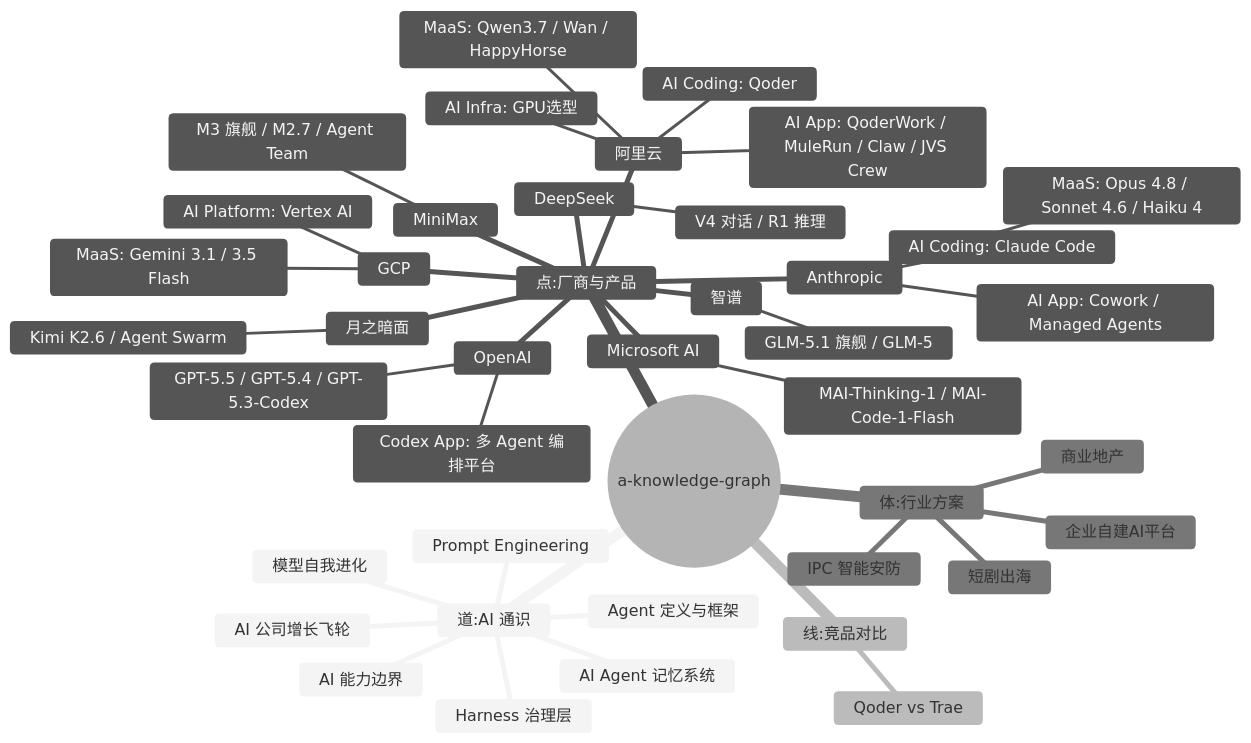
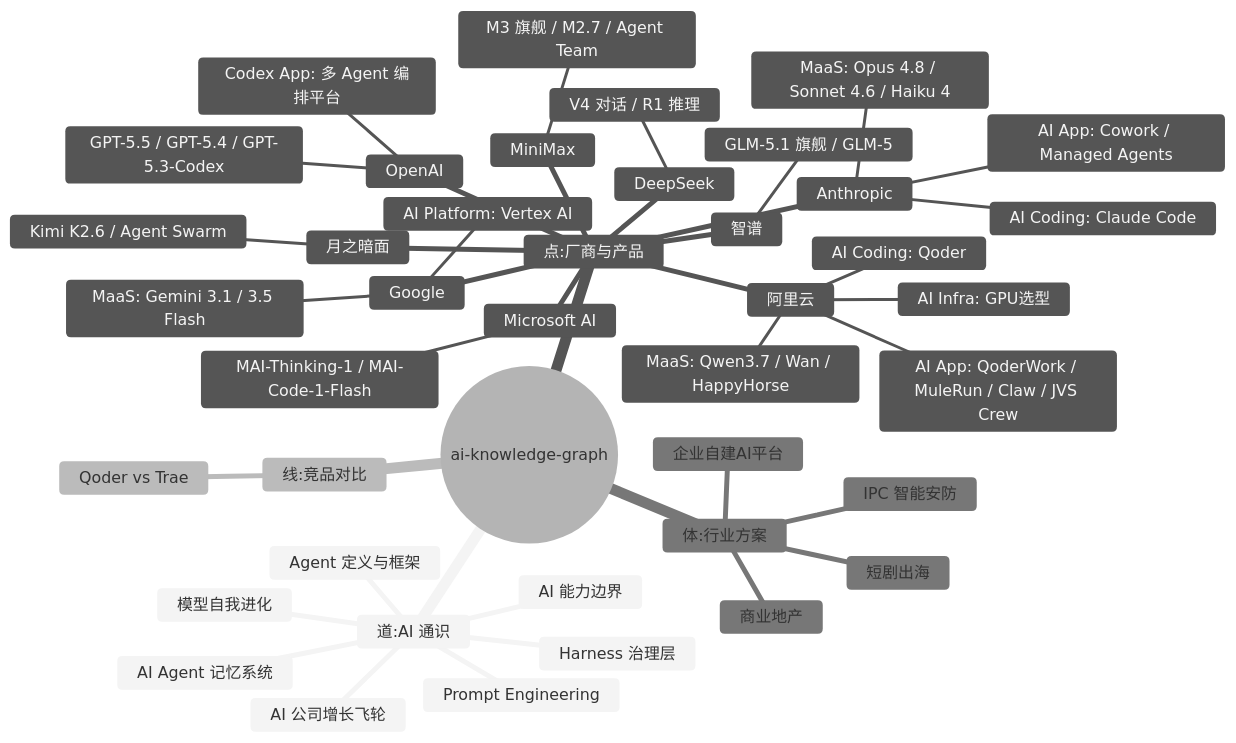
One commit to EthanNiWorld/ai-playbook-2026 changed the first of 2 diagrams in README.md. Above: the diagram before and after it, drawn with Mermaid (neutral theme). The commit also changed other lines of this file and 1 other file, not shown here.

````diff
--- a/README.md
+++ b/README.md
@@ -77,45 +77,45 @@
 ```mermaid
 mindmap
-  root((a-knowledge-graph))
+  root((ai-knowledge-graph))
     道:AI 通识
       Agent 定义与框架
       Harness 治理层
       Prompt Engineering
       AI 能力边界
       模型自我进化
       AI Agent 记忆系统
       AI 公司增长飞轮
     点:厂商与产品
       阿里云
         MaaS: Qwen3.7 / Wan / HappyHorse
         AI Coding: Qoder
         AI App: QoderWork / MuleRun / Claw / JVS Crew
         AI Infra: GPU选型
-      GCP
+      Google
         MaaS: Gemini 3.1 / 3.5 Flash
         AI Platform: Vertex AI
       Anthropic
         MaaS: Opus 4.8 / Sonnet 4.6 / Haiku 4
         AI Coding: Claude Code
         AI App: Cowork / Managed Agents
       MiniMax
         M3 旗舰 / M2.7 / Agent Team
       DeepSeek
         V4 对话 / R1 推理
       OpenAI
         GPT-5.5 / GPT-5.4 / GPT-5.3-Codex
         Codex App: 多 Agent 编排平台
       Microsoft AI
         MAI-Thinking-1 / MAI-Code-1-Flash
       智谱
         GLM-5.1 旗舰 / GLM-5
       月之暗面
         Kimi K2.6 / Agent Swarm
     线:竞品对比
       Qoder vs Trae
     体:行业方案
       IPC 智能安防
       短剧出海
       商业地产
       企业自建AI平台
 ```
````
